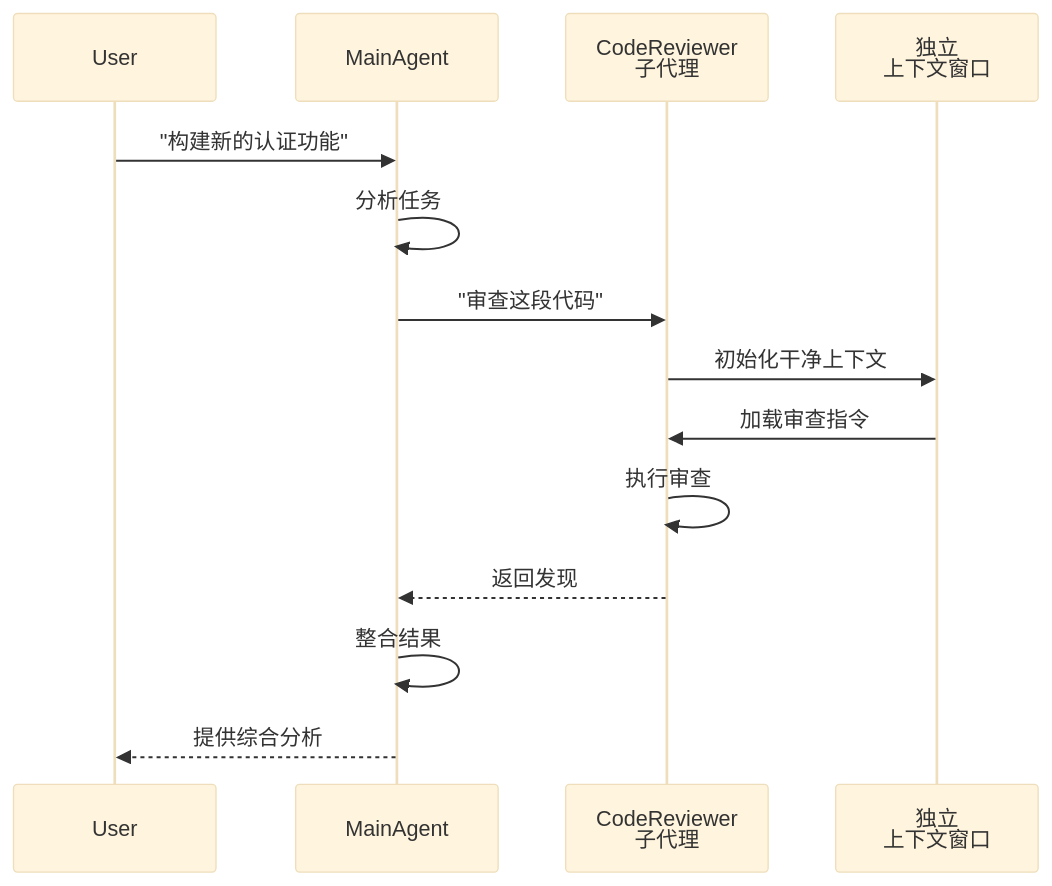
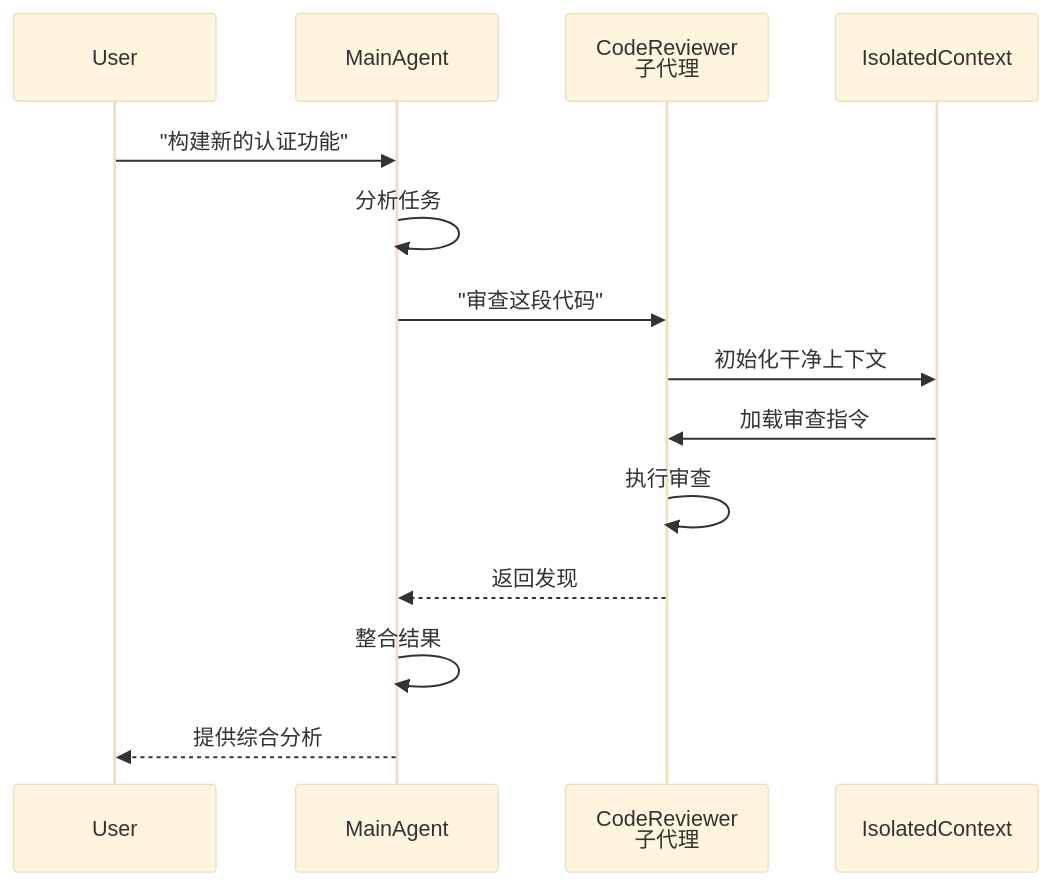
The fifth of 31 diagrams in claude_concepts_guide.md (Rx782-Fss/claude-howto-zh), drawn with Mermaid (base theme) before and after one commit. The commit also changed other lines of this file and 1 other file, not shown here.

Commit message:
fix: 清除最后 3 处 sequenceDiagram as 中文别名

````diff
--- a/claude_concepts_guide.md
+++ b/claude_concepts_guide.md
@@ -242,17 +242,17 @@
 ```mermaid
 sequenceDiagram
     participant User
     participant MainAgent as MainAgent
     participant CodeReviewer as CodeReviewer<br/>子代理
-    participant Context as 独立<br/>上下文窗口
+    participant Context as IsolatedContext
 
     User->>MainAgent: "构建新的认证功能"
     MainAgent->>MainAgent: 分析任务
     MainAgent->>CodeReviewer: "审查这段代码"
     CodeReviewer->>Context: 初始化干净上下文
     Context->>CodeReviewer: 加载审查指令
     CodeReviewer->>CodeReviewer: 执行审查
     CodeReviewer-->>MainAgent: 返回发现
     MainAgent->>MainAgent: 整合结果
     MainAgent-->>User: 提供综合分析
 ```
````
